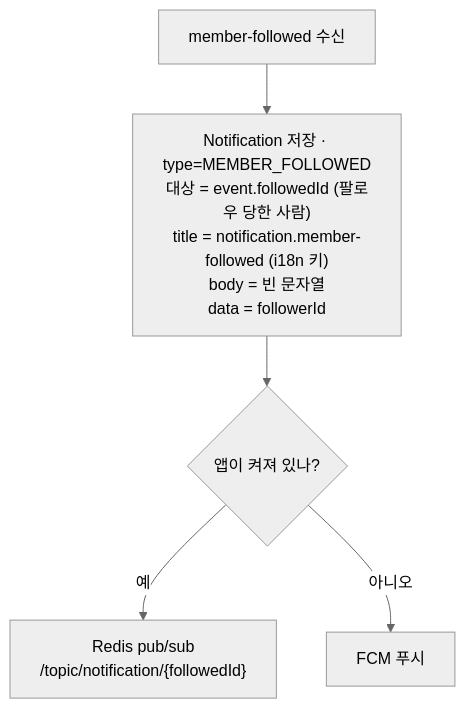
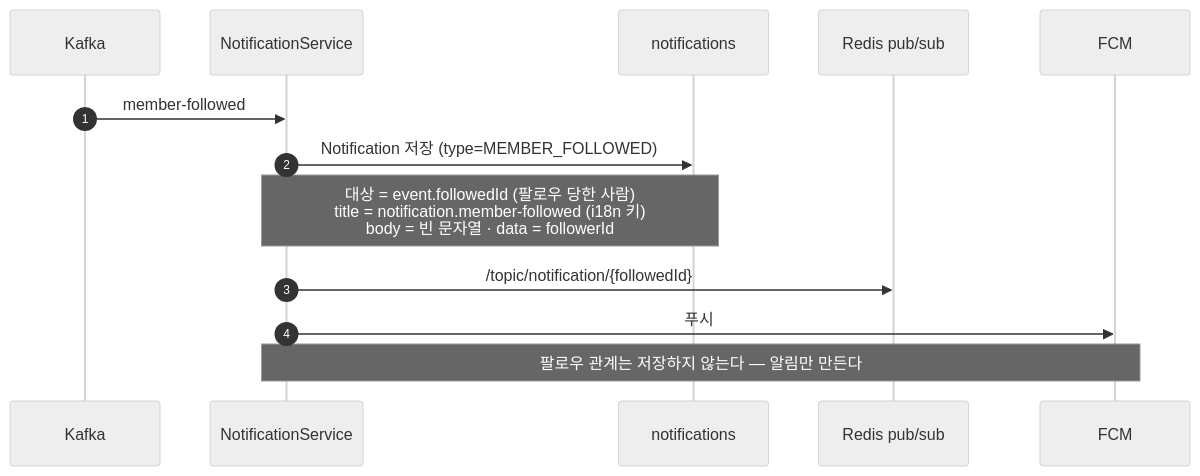
The fifth of 14 diagrams in ARCHITECTURE.md (rvlwldev/langlez-backend), drawn with Mermaid (neutral theme) before and after one commit. The commit also changed other lines of this file, not shown here.

First line of the commit message:
docs(architecture): 이벤트 흐름을 시퀀스 다이어그램으로 (#28)

````diff
--- a/ARCHITECTURE.md
+++ b/ARCHITECTURE.md
@@ -144,7 +182,16 @@
 ```mermaid
-flowchart TD
-    A["member-followed 수신"] --> B["Notification 저장 · type=MEMBER_FOLLOWED<br/>대상 = event.followedId (팔로우 당한 사람)<br/>title = notification.member-followed (i18n 키)<br/>body = 빈 문자열<br/>data = followerId"]
-    B --> C{"앱이 켜져 있나?"}
-    C -- 예 --> D["Redis pub/sub<br/>/topic/notification/{followedId}"]
-    C -- 아니오 --> E["FCM 푸시"]
+sequenceDiagram
+    autonumber
+    participant K as Kafka
+    participant S as NotificationService
+    participant DB as notifications
+    participant R as Redis pub/sub
+    participant F as FCM
+
+    K->>S: member-followed
+    S->>DB: Notification 저장 (type=MEMBER_FOLLOWED)
+    Note over S,DB: 대상 = event.followedId (팔로우 당한 사람)<br/>title = notification.member-followed (i18n 키)<br/>body = 빈 문자열 · data = followerId
+    S->>R: /topic/notification/{followedId}
+    S->>F: 푸시
+    Note over S,F: 팔로우 관계는 저장하지 않는다 — 알림만 만든다
 ```
````
